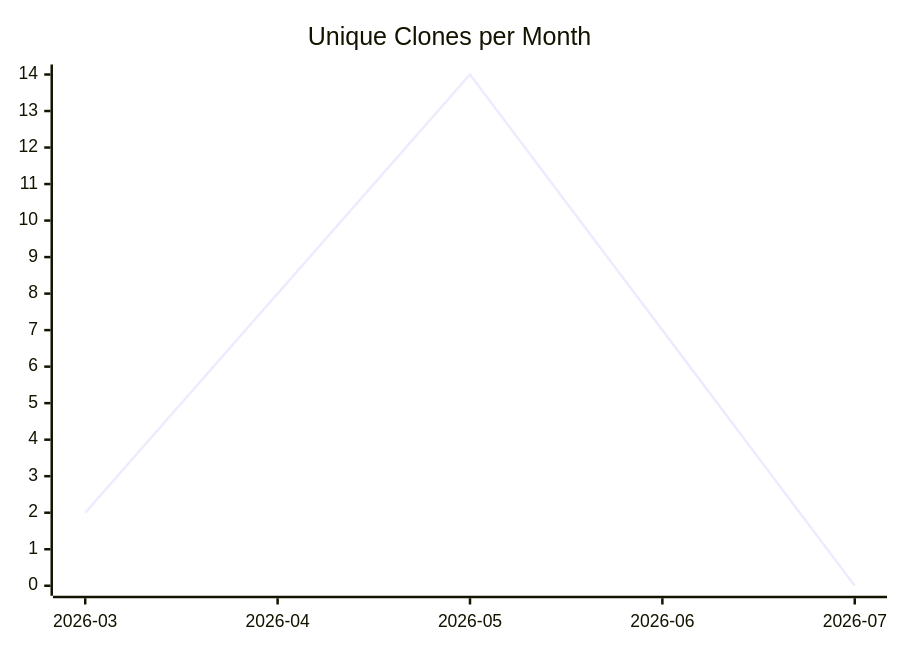
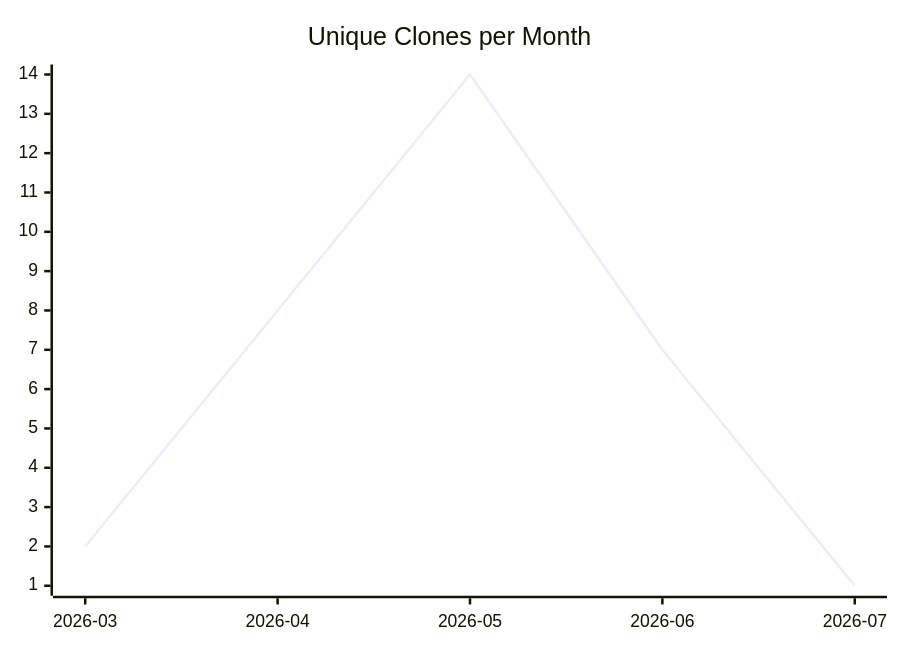
One commit to justdavis-family/github-analytics-data changed the third of 3 diagrams in karlmdavis/hello-rust-actix/README.md. Above: the diagram before and after it, drawn with Mermaid. The commit also changed other lines of this file and 185 other files, not shown here.

````diff
--- a/karlmdavis/hello-rust-actix/README.md
+++ b/karlmdavis/hello-rust-actix/README.md
@@ -19,6 +19,6 @@
 ```mermaid
 xychart-beta
   title "Unique Clones per Month"
   x-axis ["2026-03", "2026-04", "2026-05", "2026-06", "2026-07"]
-  line [2, 8, 14, 7, 0]
+  line [2, 8, 14, 7, 1]
 ```
````
